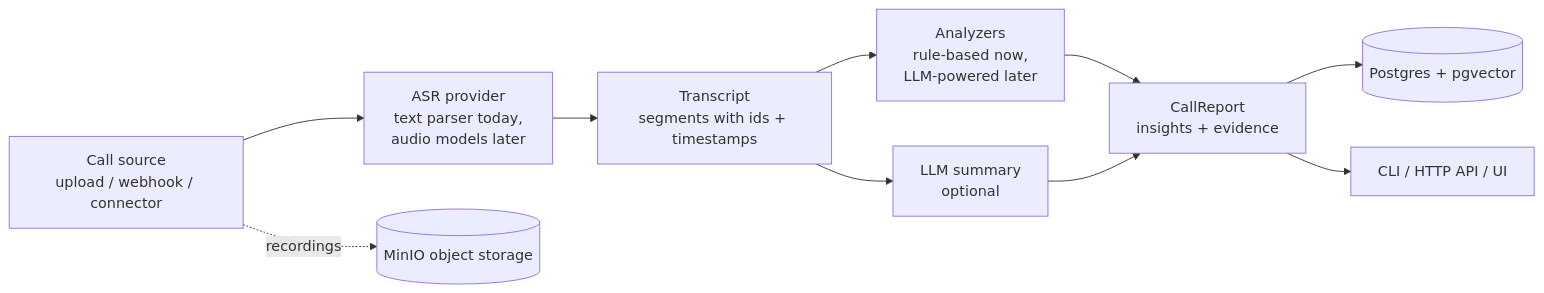
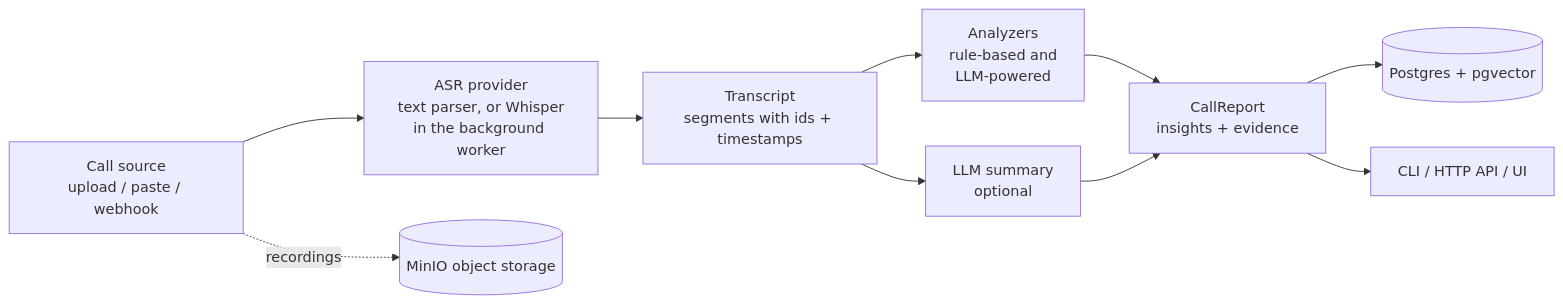
One commit to de-ansh/callsight changed the diagram in docs/architecture.md. Above: the diagram before and after it, drawn with Mermaid. The commit also changed other lines of this file and 17 other files, not shown here.

````diff
--- a/docs/architecture.md
+++ b/docs/architecture.md
@@ -5,12 +5,12 @@
 ```mermaid
 flowchart LR
-    A[Call source<br/>upload / webhook / connector] --> B[ASR provider<br/>text parser today,<br/>audio models later]
+    A[Call source<br/>upload / paste / webhook] --> B[ASR provider<br/>text parser, or Whisper<br/>in the background worker]
     B --> C[Transcript<br/>segments with ids + timestamps]
-    C --> D[Analyzers<br/>rule-based now,<br/>LLM-powered later]
+    C --> D[Analyzers<br/>rule-based and<br/>LLM-powered]
     C --> E[LLM summary<br/>optional]
     D --> F[CallReport<br/>insights + evidence]
     E --> F
     F --> G[(Postgres + pgvector)]
     F --> H[CLI / HTTP API / UI]
     A -. recordings .-> I[(MinIO object storage)]
 ```
````
